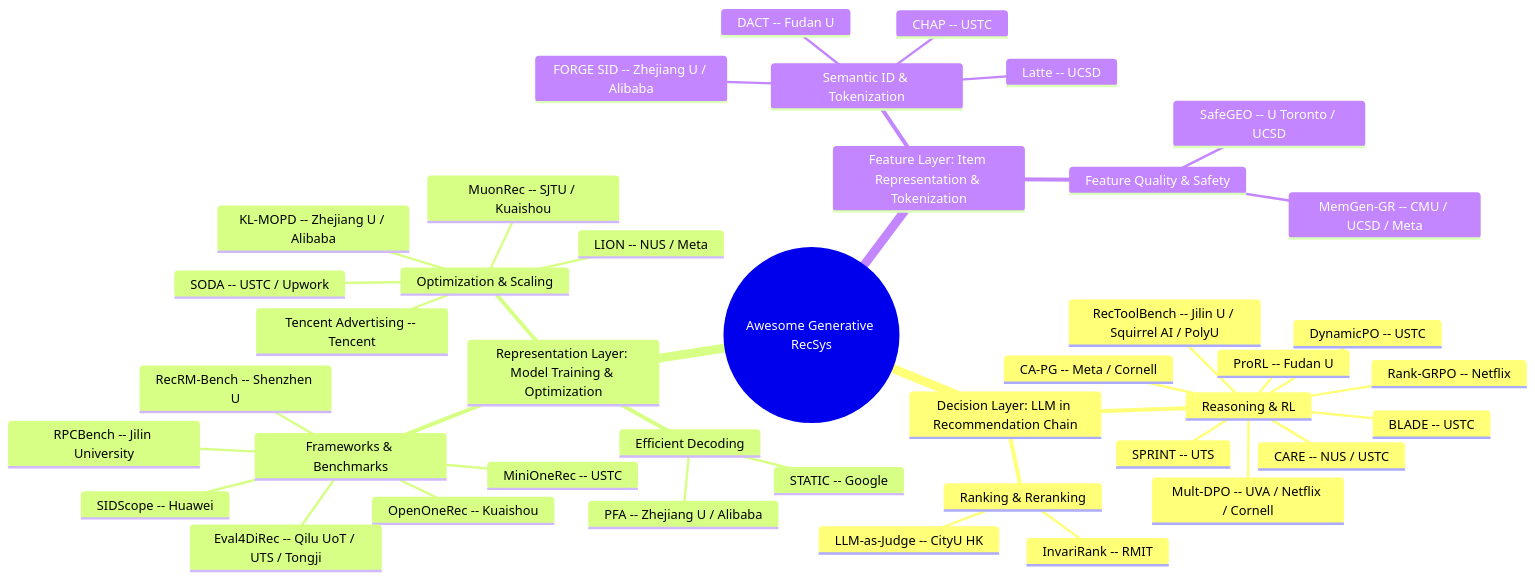
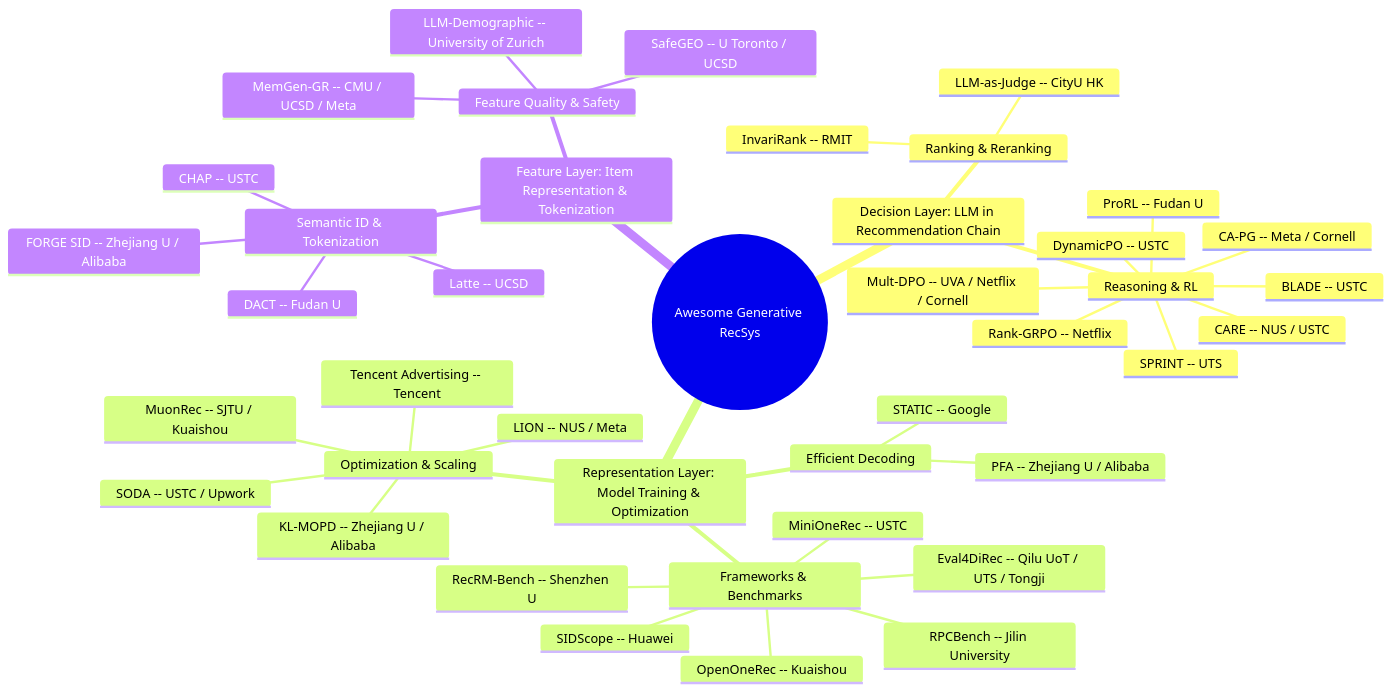
One commit to HaFred/awesome-generative-recsys changed the diagram in README.md. Above: the diagram before and after it, drawn with Mermaid. The commit also changed other lines of this file and 3 other files, not shown here.

````diff
--- a/README.md
+++ b/README.md
@@ -30,44 +30,44 @@
 ```mermaid
 mindmap
   root((Awesome Generative RecSys))
     Decision Layer: LLM in Recommendation Chain
       Reasoning & RL
         Rank-GRPO -- Netflix
         DynamicPO -- USTC
         BLADE -- USTC
         SPRINT -- UTS
         CARE -- NUS / USTC
         Mult-DPO -- UVA / Netflix / Cornell
         CA-PG -- Meta / Cornell
         ProRL -- Fudan U
-        RecToolBench -- Jilin U / Squirrel AI / PolyU
       Ranking & Reranking
         InvariRank -- RMIT
         LLM-as-Judge -- CityU HK
     Representation Layer: Model Training & Optimization
       Frameworks & Benchmarks
         MiniOneRec -- USTC
         OpenOneRec -- Kuaishou
         RecRM-Bench -- Shenzhen U
         SIDScope -- Huawei
         RPCBench -- Jilin University
         Eval4DiRec -- Qilu UoT / UTS / Tongji
       Efficient Decoding
         STATIC -- Google
         PFA -- Zhejiang U / Alibaba
       Optimization & Scaling
         MuonRec -- SJTU / Kuaishou
         Tencent Advertising -- Tencent
         LION -- NUS / Meta
         KL-MOPD -- Zhejiang U / Alibaba
         SODA -- USTC / Upwork
     Feature Layer: Item Representation & Tokenization
       Semantic ID & Tokenization
         Latte -- UCSD
         FORGE SID -- Zhejiang U / Alibaba
         DACT -- Fudan U
         CHAP -- USTC
       Feature Quality & Safety
         SafeGEO -- U Toronto / UCSD
         MemGen-GR -- CMU / UCSD / Meta
+        LLM-Demographic -- University of Zurich
 ```
````
